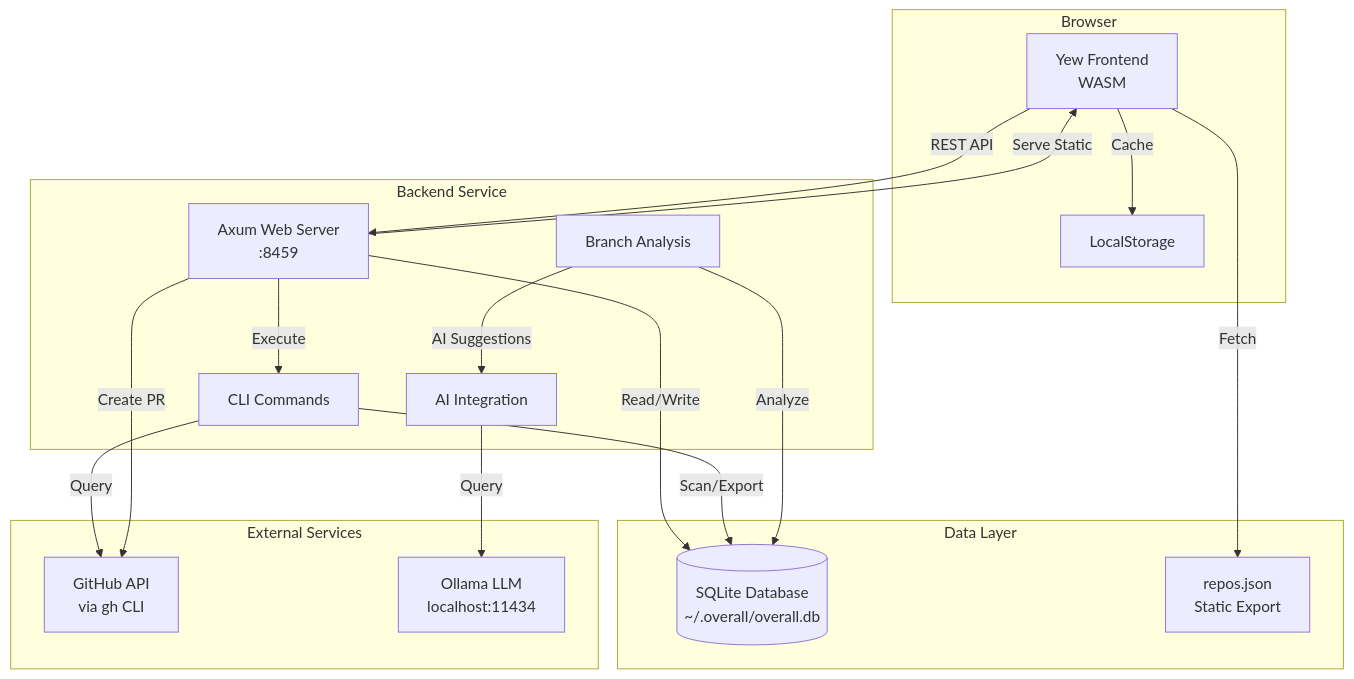
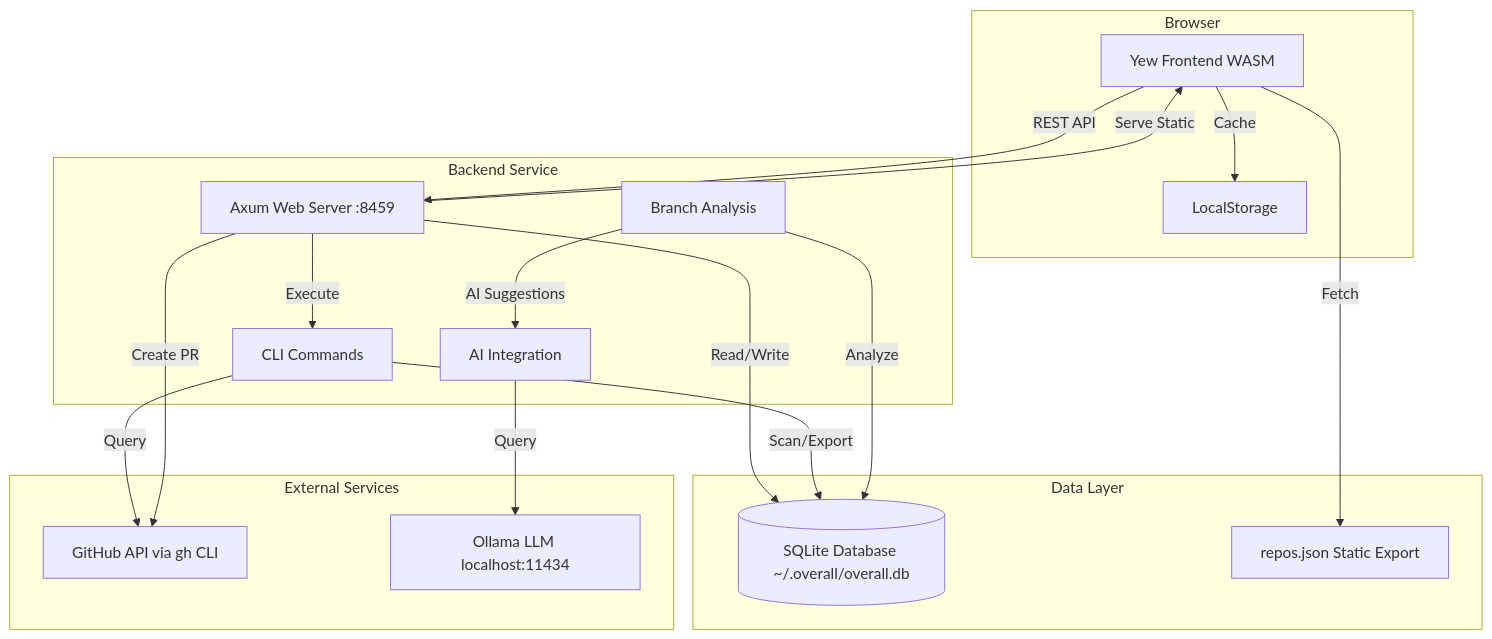
One commit to softwarewrighter/overall changed the first of 11 diagrams in wiki/Architecture-Overview.md. Above: the diagram before and after it, drawn with Mermaid. The commit also changed other lines of this file and 4 other files, not shown here.

First line of the commit message:
Fix wiki Mermaid diagrams: remove <br/> tags

````diff
--- a/wiki/Architecture-Overview.md
+++ b/wiki/Architecture-Overview.md
@@ -17,41 +17,41 @@
 ```mermaid
 graph TB
     subgraph "Browser"
-        UI[Yew Frontend<br/>WASM]
+        UI[Yew Frontend WASM]
         LS[LocalStorage]
     end
 
     subgraph "Backend Service"
-        Server[Axum Web Server<br/>:8459]
+        Server[Axum Web Server :8459]
         CLI[CLI Commands]
         Analysis[Branch Analysis]
         AI[AI Integration]
     end
 
     subgraph "Data Layer"
-        DB[(SQLite Database<br/>~/.overall/overall.db)]
-        JSON[repos.json<br/>Static Export]
+        DB[(SQLite Database ~/.overall/overall.db)]
+        JSON[repos.json Static Export]
     end
 
     subgraph "External Services"
-        GH[GitHub API<br/>via gh CLI]
-        Ollama[Ollama LLM<br/>localhost:11434]
+        GH[GitHub API via gh CLI]
+        Ollama[Ollama LLM localhost:11434]
     end
 
     UI -->|REST API| Server
     UI -->|Fetch| JSON
     UI -->|Cache| LS
 
     Server -->|Serve Static| UI
     Server -->|Read/Write| DB
     Server -->|Execute| CLI
 
     CLI -->|Scan/Export| DB
     CLI -->|Query| GH
 
     Analysis -->|Analyze| DB
     AI -->|Query| Ollama
 
     Server -->|Create PR| GH
     Analysis -->|AI Suggestions| AI
 ```
````
